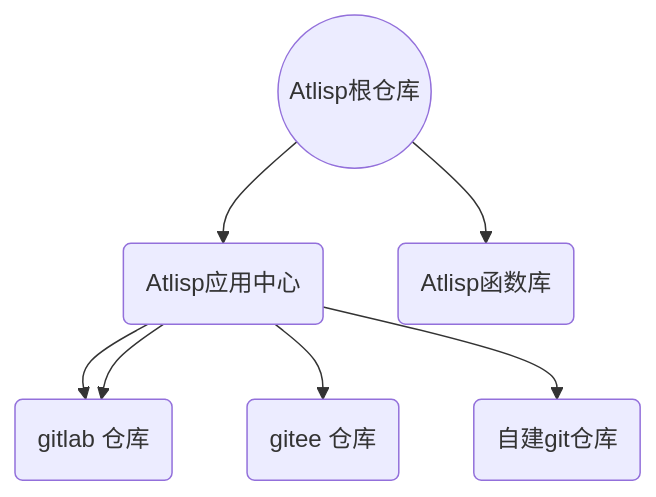
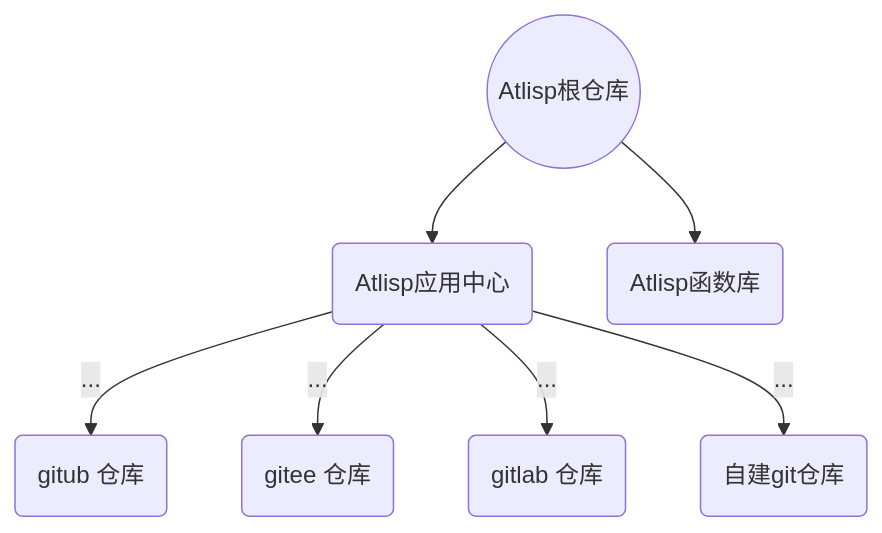
The diagram in README.org (atlisp-org/atlisp), drawn with Mermaid before and after one commit. The commit also changed other lines of this file, not shown here.

```diff
--- a/README.org
+++ b/README.org
@@ -4,9 +4,9 @@
 #+BEGIN_SRC mermaid
 graph TD;
 A((Atlisp根仓库))--> B( Atlisp应用中心);
 A--> C( Atlisp函数库);
-B--> D(gitub 仓库);
-B--> E(gitee 仓库);
-B--> D(gitlab 仓库);
-B--> F(自建git仓库);
+B-->|...| D(gitub 仓库);
+B-->|...| E(gitee 仓库);
+B-->|...| F(gitlab 仓库);
+B-->|...| G(自建git仓库);
 #+END_SRC
```
